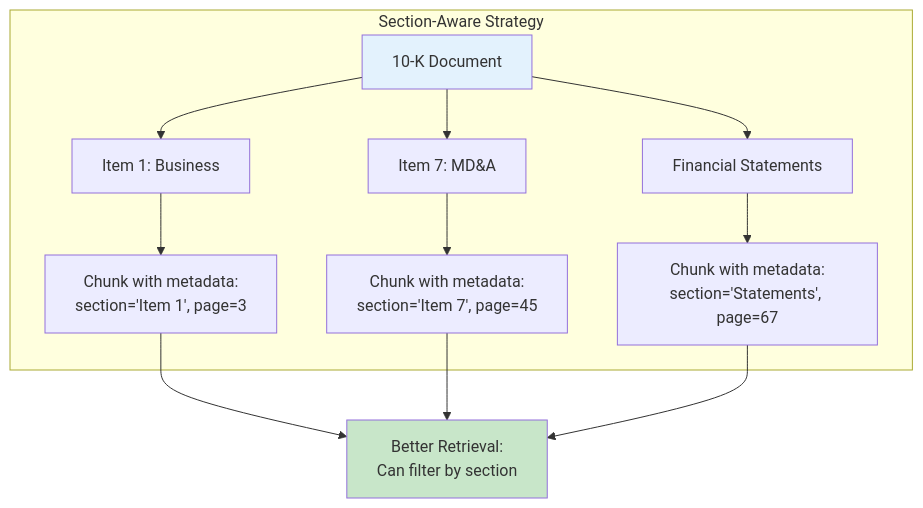
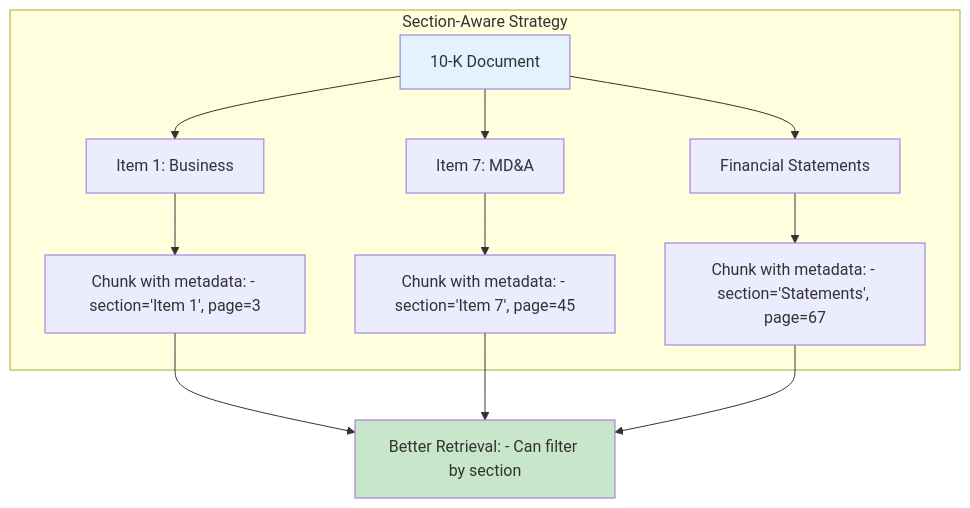
The sixth of 15 diagrams in docs/learning/03-rag-fundamentals.md (indhra/llm_rag_sec_findings), drawn with Mermaid before and after one commit. The commit also changed other lines of this file and 9 other files, not shown here.

````diff
--- a/docs/learning/03-rag-fundamentals.md
+++ b/docs/learning/03-rag-fundamentals.md
@@ -199,19 +199,19 @@
 ```mermaid
 graph TB
     subgraph "Section-Aware Strategy"
         DOC[10-K Document] --> S1[Item 1: Business]
         DOC --> S2[Item 7: MD&A]
         DOC --> S3[Financial Statements]
         
-        S1 --> C1[Chunk with metadata:<br/>section='Item 1', page=3]
-        S2 --> C2[Chunk with metadata:<br/>section='Item 7', page=45]
-        S3 --> C3[Chunk with metadata:<br/>section='Statements', page=67]
+        S1 --> C1[Chunk with metadata: - section='Item 1', page=3]
+        S2 --> C2[Chunk with metadata: - section='Item 7', page=45]
+        S3 --> C3[Chunk with metadata: - section='Statements', page=67]
     end
     
-    C1 --> R[Better Retrieval:<br/>Can filter by section]
+    C1 --> R[Better Retrieval: - Can filter by section]
     C2 --> R
     C3 --> R
     
     style DOC fill:#e3f2fd
     style R fill:#c8e6c9
 ```
````
